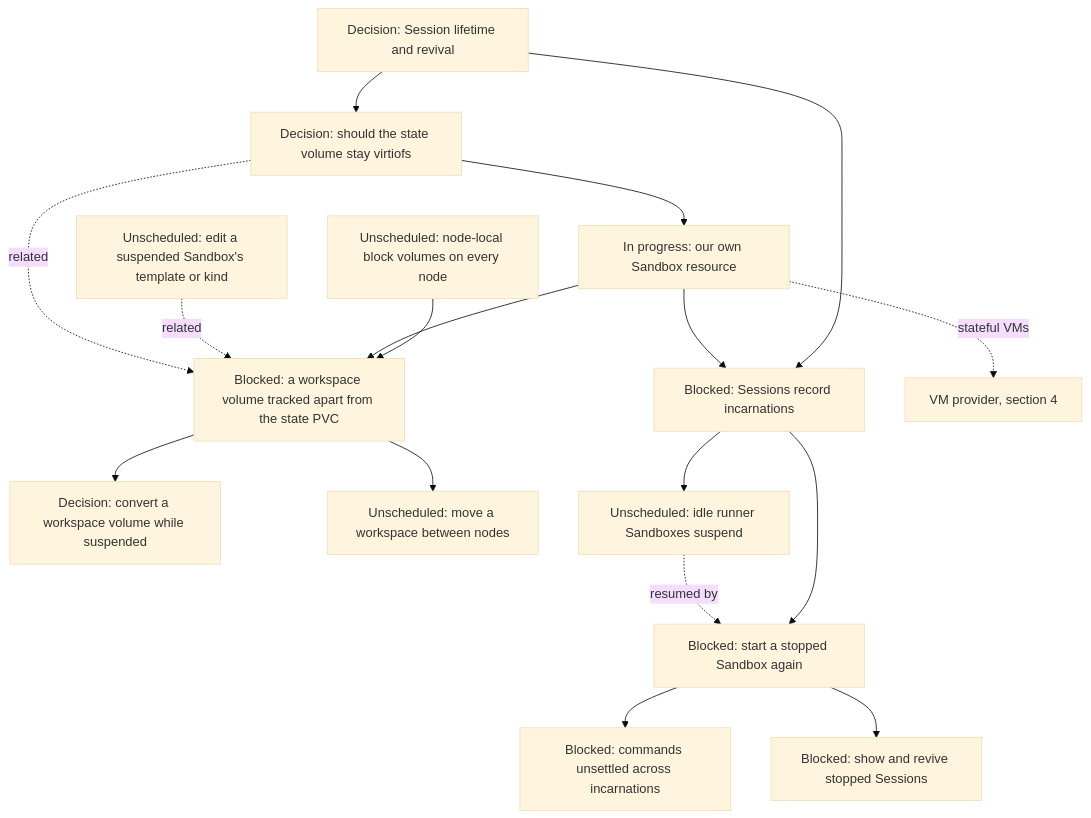
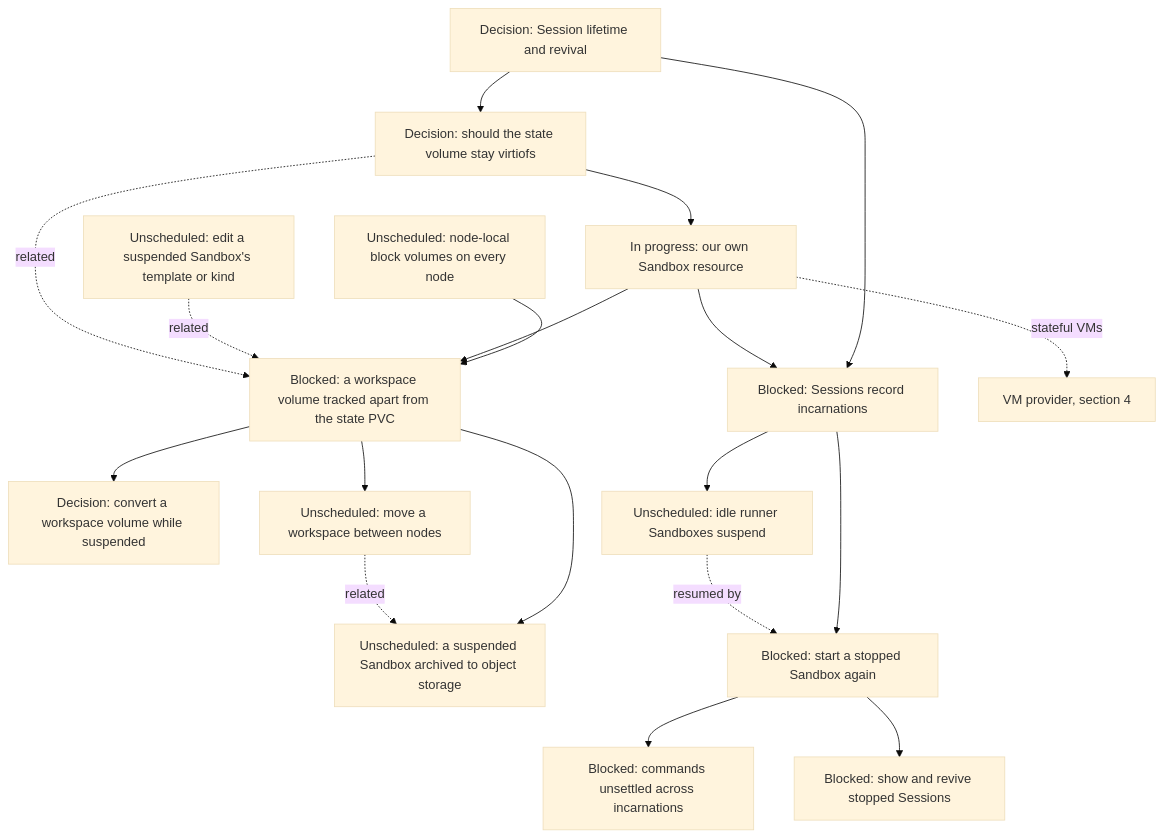
One commit to agentydragon/ducktape changed the ninth of 15 diagrams in agentplane/plans/task_dag.md. Above: the diagram before and after it, drawn with Mermaid (base theme). The commit also changed other lines of this file, not shown here.

First line of the commit message:
agentplane: add the SANDBOX_ARCHIVE node to the task DAG

````diff
--- a/agentplane/plans/task_dag.md
+++ b/agentplane/plans/task_dag.md
@@ -663,32 +663,35 @@
 ```mermaid
 flowchart TD
     DURABLE_SESSION_LIFECYCLE[Decision: Session lifetime and revival]
     SESSION_STATE_VOLUME_DESIGN[Decision: should the state volume stay virtiofs]
     NODE_LOCAL_BLOCK_STORAGE[Unscheduled: node-local block volumes on every node]
     WORKSPACE_VOLUME[Blocked: a workspace volume tracked apart from the state PVC]
     SANDBOX_SPEC_EDIT[Unscheduled: edit a suspended Sandbox's template or kind]
     WORKSPACE_CONVERSION[Decision: convert a workspace volume while suspended]
     WORKSPACE_NODE_PORTABILITY[Unscheduled: move a workspace between nodes]
+    SANDBOX_ARCHIVE[Unscheduled: a suspended Sandbox archived to object storage]
     AGENTPLANE_SANDBOX_RESOURCE[In progress: our own Sandbox resource]
     SESSION_INCARNATIONS[Blocked: Sessions record incarnations]
     SESSION_REVIVE[Blocked: start a stopped Sandbox again]
     THREAD_SUCCESSOR_DELIVERY[Blocked: commands unsettled across incarnations]
     HOSTED_THREAD_SURFACES[Blocked: show and revive stopped Sessions]
     VM_PROVIDER[VM provider, section 4]
     DURABLE_SESSION_LIFECYCLE --> SESSION_STATE_VOLUME_DESIGN
     DURABLE_SESSION_LIFECYCLE --> SESSION_INCARNATIONS
     SESSION_STATE_VOLUME_DESIGN --> AGENTPLANE_SANDBOX_RESOURCE
     NODE_LOCAL_BLOCK_STORAGE --> WORKSPACE_VOLUME
     AGENTPLANE_SANDBOX_RESOURCE --> WORKSPACE_VOLUME
     WORKSPACE_VOLUME --> WORKSPACE_CONVERSION
     WORKSPACE_VOLUME --> WORKSPACE_NODE_PORTABILITY
+    WORKSPACE_VOLUME --> SANDBOX_ARCHIVE
+    WORKSPACE_NODE_PORTABILITY -. related .-> SANDBOX_ARCHIVE
     SANDBOX_SPEC_EDIT -. related .-> WORKSPACE_VOLUME
     SESSION_STATE_VOLUME_DESIGN -. related .-> WORKSPACE_VOLUME
     AGENTPLANE_SANDBOX_RESOURCE --> SESSION_INCARNATIONS
     AGENTPLANE_SANDBOX_RESOURCE -. stateful VMs .-> VM_PROVIDER
     SESSION_INCARNATIONS --> SESSION_REVIVE
     SESSION_INCARNATIONS --> SANDBOX_IDLE_EXPIRY[Unscheduled: idle runner Sandboxes suspend]
     SANDBOX_IDLE_EXPIRY -. resumed by .-> SESSION_REVIVE
     SESSION_REVIVE --> THREAD_SUCCESSOR_DELIVERY
     SESSION_REVIVE --> HOSTED_THREAD_SURFACES
 ```
````
